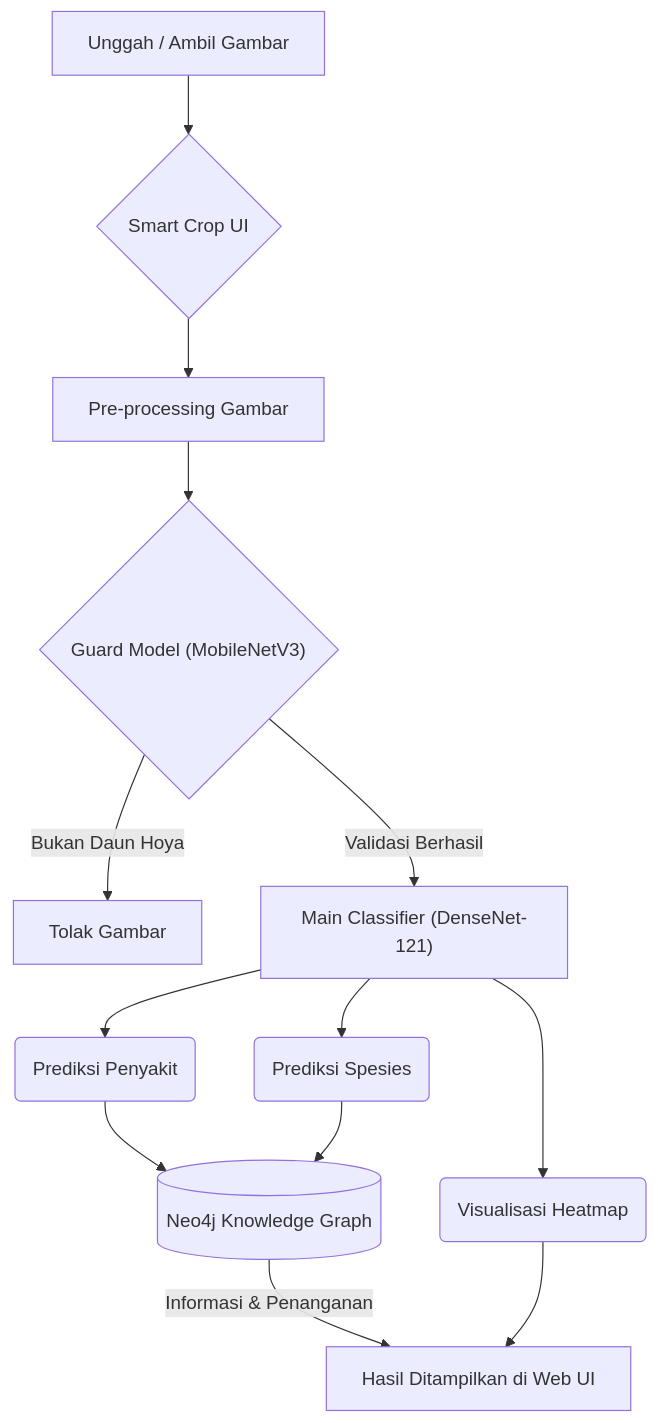
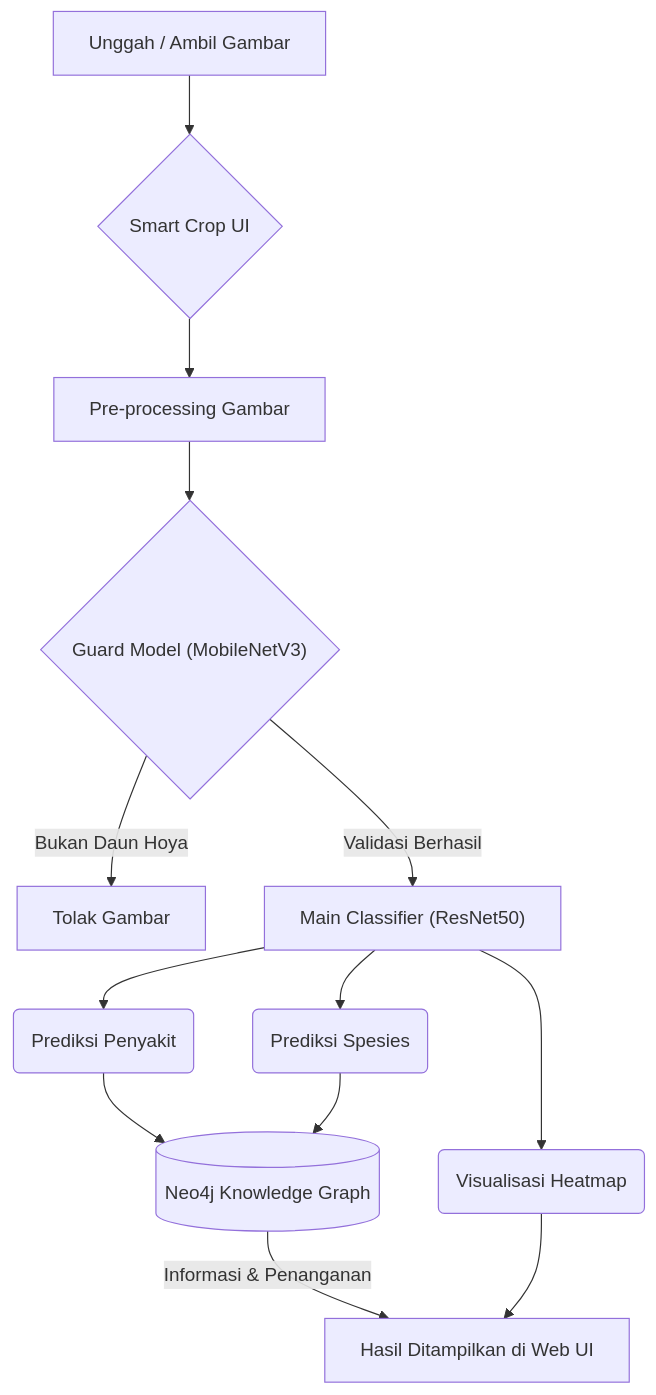
Before and after one commit to fabiobanyu/MBKM-Hoya-Leaf-Disease-Detection: the diagram in README.md, drawn with Mermaid. The commit also changed other lines of this file and 55 other files, not shown here.

Commit message:
Optimize system for ResNet50 and add comprehensive XAI evaluations. Remove DenseNet.

````diff
--- a/README.md
+++ b/README.md
@@ -67,19 +67,19 @@
 ```mermaid
 graph TD
     A["Unggah / Ambil Gambar"] --> B{"Smart Crop UI"}
     B --> C["Pre-processing Gambar"]
     
     C --> D{"Guard Model (MobileNetV3)"}
     D -- "Bukan Daun Hoya" --> E["Tolak Gambar"]
-    D -- "Validasi Berhasil" --> F["Main Classifier (DenseNet-121)"]
+    D -- "Validasi Berhasil" --> F["Main Classifier (ResNet50)"]
     
     F --> G1("Prediksi Penyakit")
     F --> G2("Prediksi Spesies")
     F --> G3("Visualisasi Heatmap")
     
     G1 --> H[("Neo4j Knowledge Graph")]
     G2 --> H
     
     H -- "Informasi & Penanganan" --> I["Hasil Ditampilkan di Web UI"]
     G3 --> I
 ```
````
